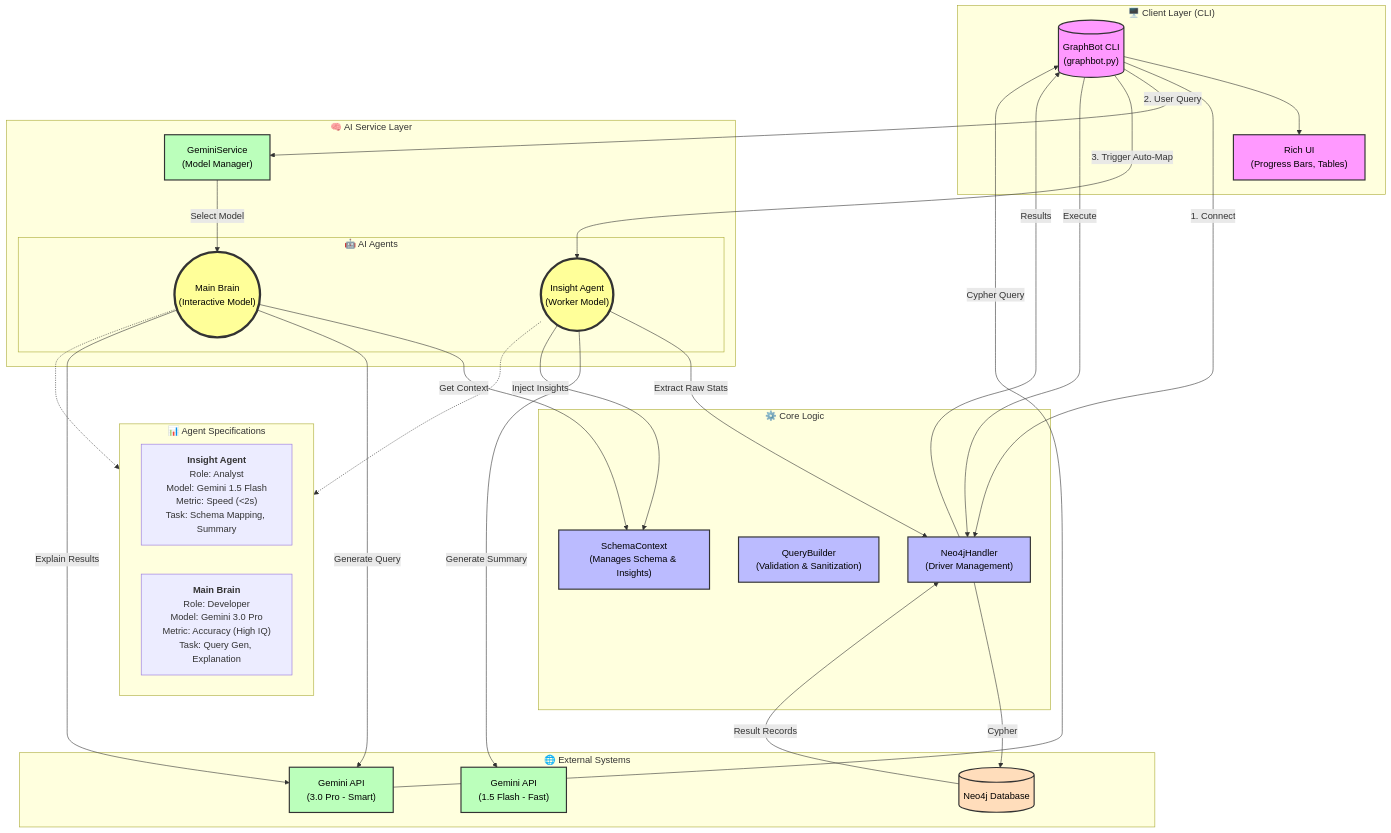
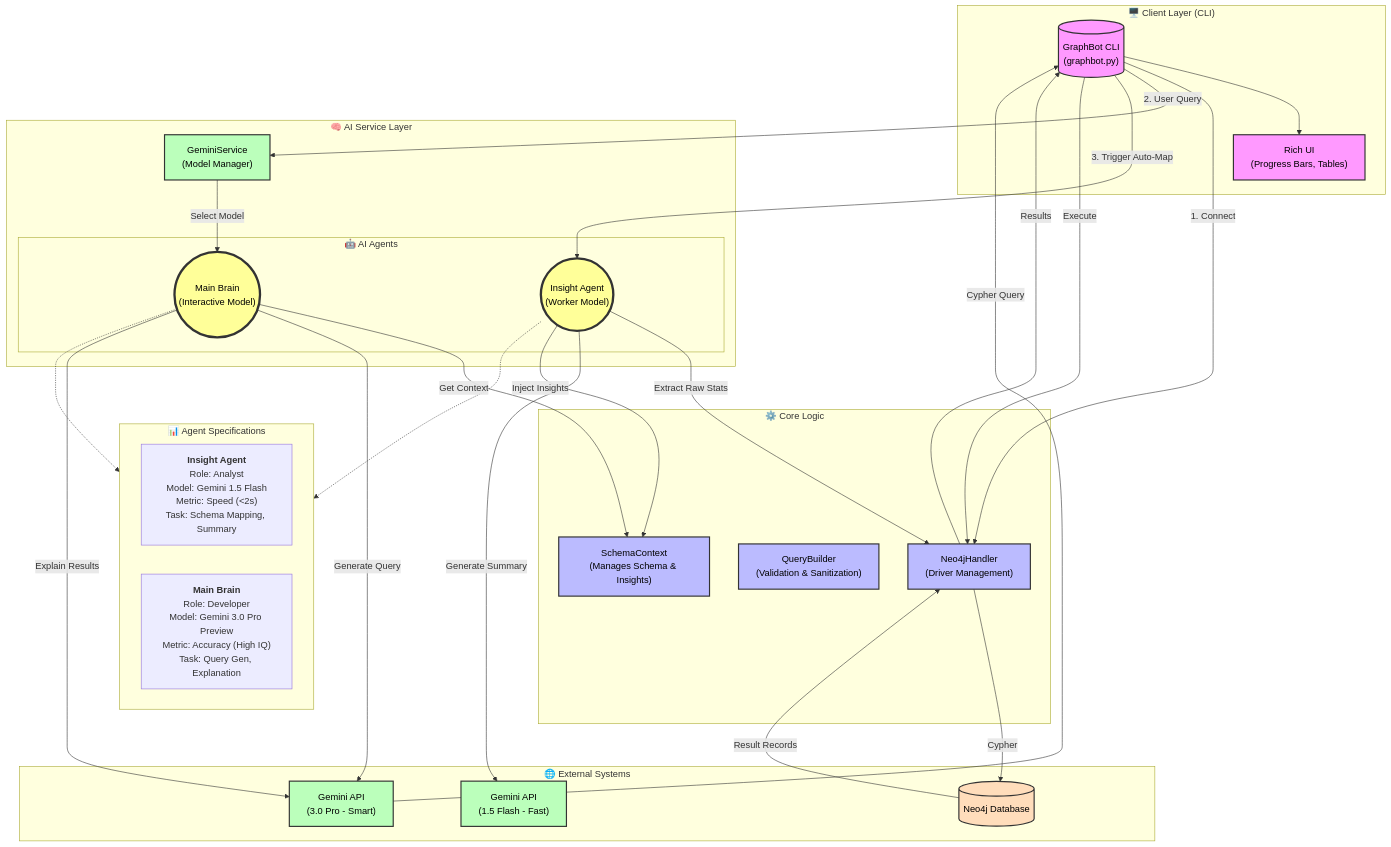
One commit to RafiulPaceProjects/neo4jshandler changed the diagram in docs/architecture.mmd. Above: the diagram before and after it, drawn with Mermaid. The commit also changed 14 other files, not shown here.

```diff
--- a/docs/architecture.mmd
+++ b/docs/architecture.mmd
@@ -1,67 +1,67 @@
 graph TD
     %% Styling
     classDef cli fill:#f9f,stroke:#333,stroke-width:2px,color:black;
     classDef core fill:#bbf,stroke:#333,stroke-width:2px,color:black;
     classDef service fill:#bfb,stroke:#333,stroke-width:2px,color:black;
     classDef db fill:#fdb,stroke:#333,stroke-width:2px,color:black;
     classDef agent fill:#ff9,stroke:#333,stroke-width:4px,color:black;
 
     subgraph Client_Layer ["🖥️ Client Layer (CLI)"]
         CLI[("GraphBot CLI<br/>(graphbot.py)")]:::cli
         CLI_UI["Rich UI<br/>(Progress Bars, Tables)"]:::cli
     end
 
     subgraph Core_Logic ["⚙️ Core Logic"]
         SchemaContext["SchemaContext<br/>(Manages Schema & Insights)"]:::core
         QueryBuilder["QueryBuilder<br/>(Validation & Sanitization)"]:::core
         Neo4jHandler["Neo4jHandler<br/>(Driver Management)"]:::core
     end
 
     subgraph Service_Layer ["🧠 AI Service Layer"]
         GeminiService["GeminiService<br/>(Model Manager)"]:::service
         
         subgraph Agents ["🤖 AI Agents"]
             InsightAgent(("Insight Agent<br/>(Worker Model)")):::agent
             MainBrain(("Main Brain<br/>(Interactive Model)")):::agent
         end
     end
 
     subgraph External_Systems ["🌐 External Systems"]
         Neo4jDB[("Neo4j Database")]:::db
         GeminiAPI_Flash["Gemini API<br/>(1.5 Flash - Fast)"]:::service
         GeminiAPI_Pro["Gemini API<br/>(3.0 Pro - Smart)"]:::service
     end
 
     %% Connections
     CLI --> CLI_UI
     CLI -- "1. Connect" --> Neo4jHandler
     CLI -- "2. User Query" --> GeminiService
     
     Neo4jHandler -- "Cypher" --> Neo4jDB
     Neo4jDB -- "Result Records" --> Neo4jHandler
     
     %% Insight Flow (Auto-Mapping)
     CLI -- "3. Trigger Auto-Map" --> InsightAgent
     InsightAgent -- "Extract Raw Stats" --> Neo4jHandler
     InsightAgent -- "Generate Summary" --> GeminiAPI_Flash
     InsightAgent -- "Inject Insights" --> SchemaContext
     
     %% Query Flow
     GeminiService -- "Select Model" --> MainBrain
     MainBrain -- "Get Context" --> SchemaContext
     MainBrain -- "Generate Query" --> GeminiAPI_Pro
     MainBrain -- "Explain Results" --> GeminiAPI_Pro
     
     GeminiAPI_Pro -- "Cypher Query" --> CLI
     CLI -- "Execute" --> Neo4jHandler
     Neo4jHandler -- "Results" --> CLI
 
     %% Agent Details
     subgraph Agent_Specs ["📊 Agent Specifications"]
         direction LR
         Insight_Spec["<b>Insight Agent</b><br/>Role: Analyst<br/>Model: Gemini 1.5 Flash<br/>Metric: Speed (<2s)<br/>Task: Schema Mapping, Summary"]
-        Main_Spec["<b>Main Brain</b><br/>Role: Developer<br/>Model: Gemini 3.0 Pro<br/>Metric: Accuracy (High IQ)<br/>Task: Query Gen, Explanation"]
+        Main_Spec["<b>Main Brain</b><br/>Role: Developer<br/>Model: Gemini 3.0 Pro Preview<br/>Metric: Accuracy (High IQ)<br/>Task: Query Gen, Explanation"]
     end
     
     InsightAgent -.-> Insight_Spec
     MainBrain -.-> Main_Spec
```
